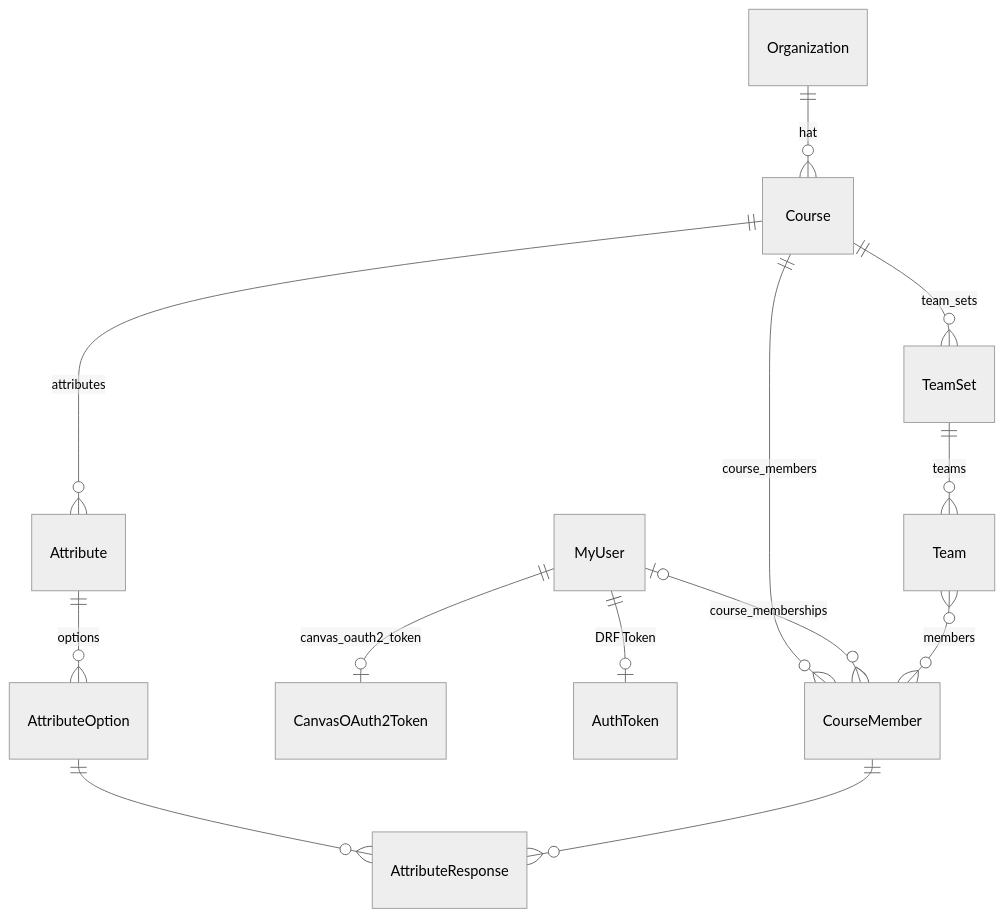
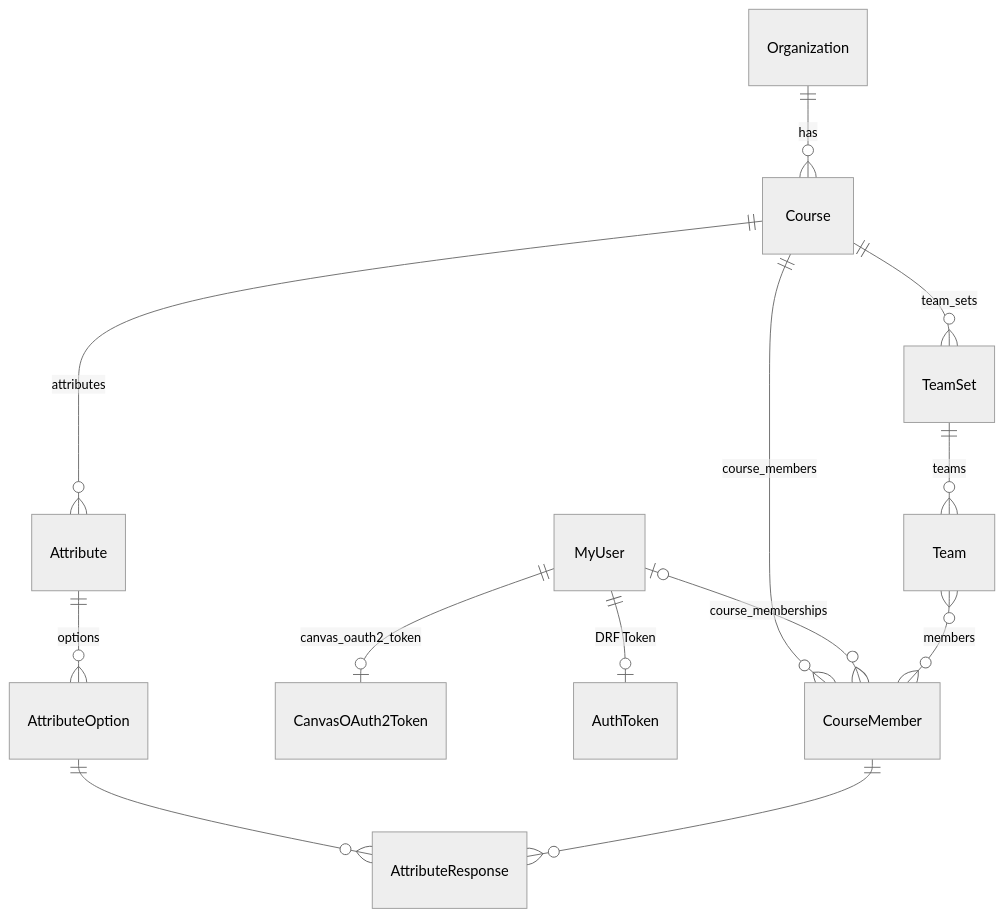
One commit to Teamprojekt-MSI-BIT-SS26/documentation changed the third of 3 diagrams in docs/current-state/backend-lms-integration.md. Above: the diagram before and after it, drawn with Mermaid (neutral theme). The commit also changed other lines of this file and 1 other file, not shown here.

````diff
--- a/docs/current-state/backend-lms-integration.md
+++ b/docs/current-state/backend-lms-integration.md
@@ -187,15 +187,15 @@
 ```mermaid
 erDiagram
-    Organization ||--o{ Course : hat
+    Organization ||--o{ Course : has
     Course ||--o{ CourseMember : course_members
     MyUser |o--o{ CourseMember : course_memberships
     MyUser ||--o| CanvasOAuth2Token : canvas_oauth2_token
     MyUser ||--o| AuthToken : "DRF Token"
     Course ||--o{ Attribute : attributes
     Attribute ||--o{ AttributeOption : options
     AttributeOption ||--o{ AttributeResponse : ""
     CourseMember ||--o{ AttributeResponse : ""
     Course ||--o{ TeamSet : team_sets
     TeamSet ||--o{ Team : teams
     Team }o--o{ CourseMember : members
 ```
````
